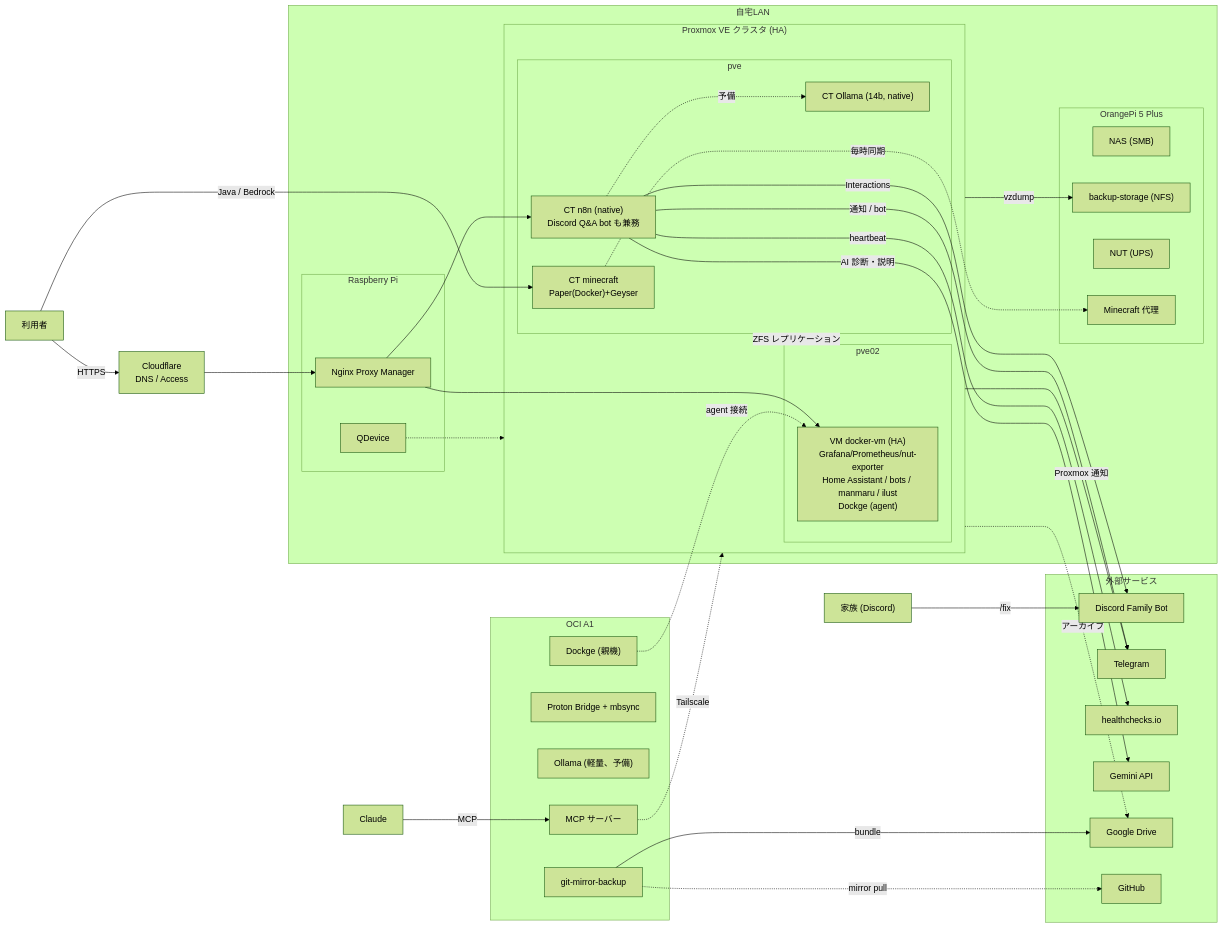
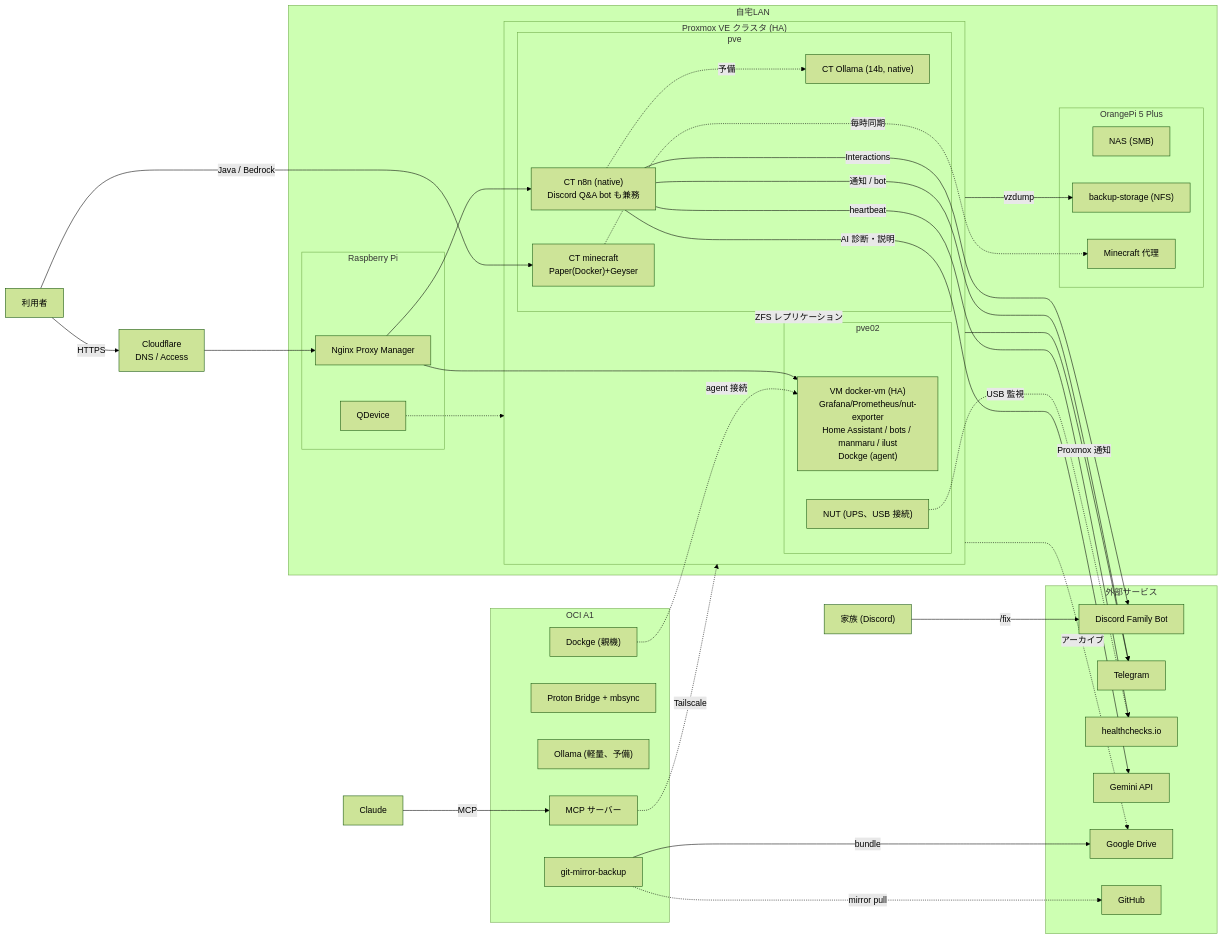
Before and after one commit to Leucophyllous/homelab: the diagram in README.md, drawn with Mermaid (forest theme). The commit also changed other lines of this file and 13 other files, not shown here.

````diff
--- a/README.md
+++ b/README.md
@@ -12,66 +12,67 @@
 ```mermaid
 flowchart LR
   user["利用者"] -->|HTTPS| cf["Cloudflare<br>DNS / Access"]
   user -->|Java / Bedrock| mc
   fam["家族 (Discord)"] -->|/fix| bot
   claude["Claude"] -->|MCP| mcp
 
   subgraph home["自宅LAN"]
     subgraph pi["Raspberry Pi"]
       npm["Nginx Proxy Manager"]
       qd["QDevice"]
     end
     subgraph cluster["Proxmox VE クラスタ (HA)"]
       subgraph pve["pve"]
         n8n["CT n8n (native)<br>Discord Q&A bot も兼務"]
         oll2["CT Ollama (14b, native)"]
         mc["CT minecraft<br>Paper(Docker)+Geyser"]
       end
       subgraph pve02["pve02"]
         dvm["VM docker-vm (HA)<br>Grafana/Prometheus/nut-exporter<br>Home Assistant / bots / manmaru / ilust<br>Dockge (agent)"]
+        nut["NUT (UPS、USB 接続)"]
       end
     end
     subgraph opi["OrangePi 5 Plus"]
       nas["NAS (SMB)"]
       bs["backup-storage (NFS)"]
-      nut["NUT (UPS)"]
       sb["Minecraft 代理"]
     end
   end
 
   subgraph oci["OCI A1"]
     mcp["MCP サーバー"]
     mail["Proton Bridge + mbsync"]
     oll["Ollama (軽量、予備)"]
     dockge["Dockge (親機)"]
     gm["git-mirror-backup"]
   end
 
   subgraph saas["外部サービス"]
     tg["Telegram"]
     bot["Discord Family Bot"]
     hc["healthchecks.io"]
     gem["Gemini API"]
     gd["Google Drive"]
     gh["GitHub"]
   end
 
   cf --> npm
   npm --> dvm
   npm --> n8n
   qd -.-> cluster
   pve <-.->|ZFS レプリケーション| pve02
   cluster -->|vzdump| bs
   mc -.->|毎時同期| sb
   n8n -->|通知 / bot| tg
   n8n -->|Interactions| bot
   cluster -->|Proxmox 通知| tg
   n8n -->|AI 診断・説明| gem
   n8n -.->|予備| oll2
   n8n -->|heartbeat| hc
+  nut -.->|USB 監視| hc
   gm -->|bundle| gd
   gm -.->|mirror pull| gh
   cluster -.->|アーカイブ| gd
   dockge -.->|agent 接続| dvm
   mcp -.->|Tailscale| cluster
 ```
````
